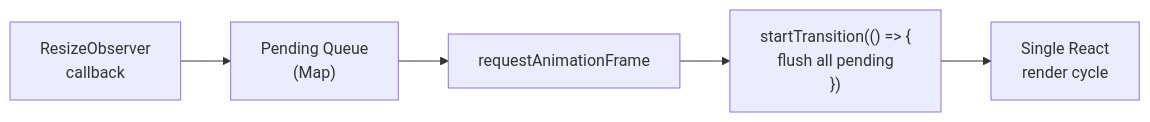
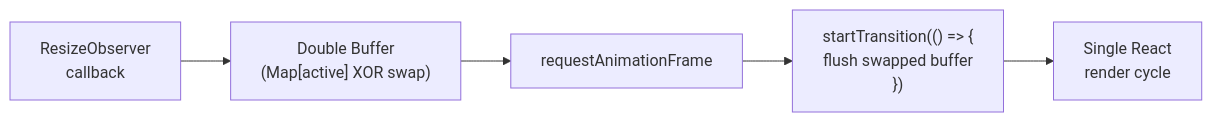
One commit to ABCrimson/use-resize-observer changed the third of 5 diagrams in docs/guide/architecture.md. Above: the diagram before and after it, drawn with Mermaid. The commit also changed other lines of this file and 61 other files, not shown here.

````diff
--- a/docs/guide/architecture.md
+++ b/docs/guide/architecture.md
@@ -83,7 +84,7 @@
 ```mermaid
 flowchart LR
-    RO["ResizeObserver\ncallback"] --> Q["Pending Queue\n(Map<Element, Entry>)"]
-    Q --> RAF["requestAnimationFrame"]
-    RAF --> ST["startTransition(() => {\n  flush all pending\n})"]
+    RO["ResizeObserver\ncallback"] --> BUF["Double Buffer\n(Map[active] XOR swap)"]
+    BUF --> RAF["requestAnimationFrame"]
+    RAF --> ST["startTransition(() => {\n  flush swapped buffer\n})"]
     ST --> R["Single React\nrender cycle"]
 ```
````
